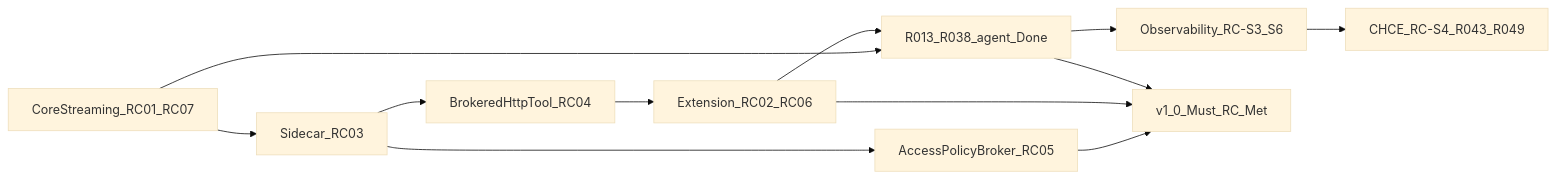
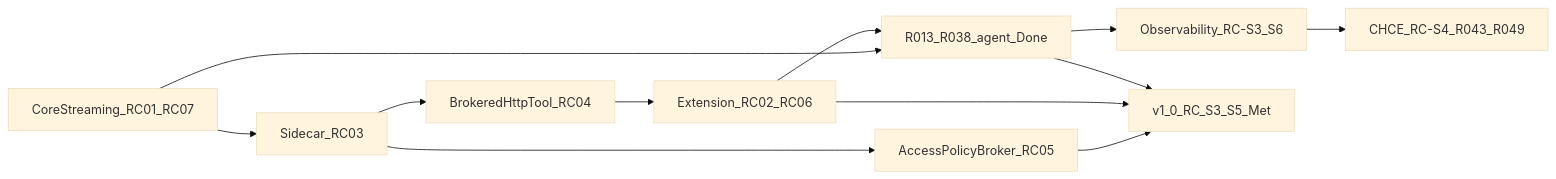
One commit to thsfranca/rex changed the diagram in docs/ROADMAP.md. Above: the diagram before and after it, drawn with Mermaid (base theme). The commit also changed other lines of this file and 10 other files, not shown here.

````diff
--- a/docs/ROADMAP.md
+++ b/docs/ROADMAP.md
@@ -37,23 +37,23 @@
 ```mermaid
 flowchart LR
   core[CoreStreaming_RC01_RC07]
   side[Sidecar_RC03]
   broker[BrokeredHttpTool_RC04]
   ext[Extension_RC02_RC06]
   policyBroker[AccessPolicyBroker_RC05]
   agent[R013_R038_agent_Done]
   obs[Observability_RC-S3_S6]
   chce[CHCE_RC-S4_R043_R049]
-  v1[v1_0_Must_RC_Met]
+  v1[v1_0_RC_S3_S5_Met]
   core --> side
   side --> broker
   broker --> ext
   side --> policyBroker
   core --> agent
   ext --> agent
   agent --> obs
   obs --> chce
   policyBroker --> v1
   ext --> v1
   agent --> v1
 ```
````
